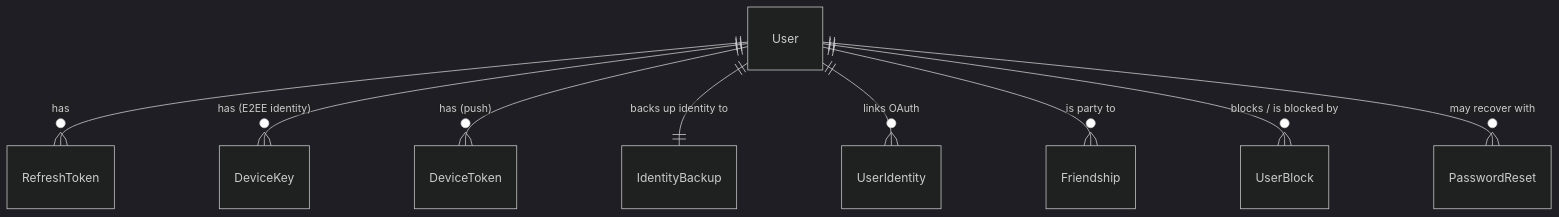
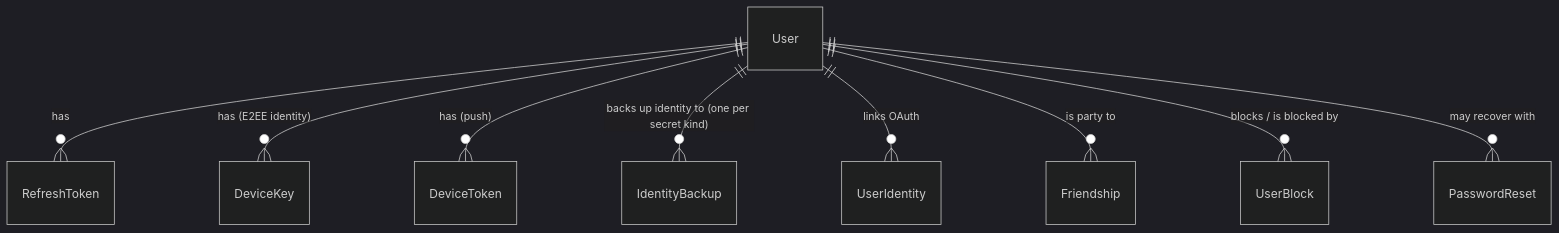
Before and after one commit to aiyu-ayaan/BetweenUs: the first of 5 diagrams in docs/docs/database/schema.md, drawn with Mermaid (dark theme). The commit also changed other lines of this file and 1 other file, not shown here.

First line of the commit message:
docs(e2ee): document per-kind backups and identity recovery

````diff
--- a/docs/docs/database/schema.md
+++ b/docs/docs/database/schema.md
@@ -21,11 +21,11 @@
 ```mermaid
 erDiagram
     User ||--o{ RefreshToken : has
     User ||--o{ DeviceKey : "has (E2EE identity)"
     User ||--o{ DeviceToken : "has (push)"
-    User ||--|| IdentityBackup : "backs up identity to"
+    User ||--o{ IdentityBackup : "backs up identity to (one per secret kind)"
     User ||--o{ UserIdentity : "links OAuth"
     User ||--o{ Friendship : "is party to"
     User ||--o{ UserBlock : "blocks / is blocked by"
     User ||--o{ PasswordReset : "may recover with"
 ```
````
